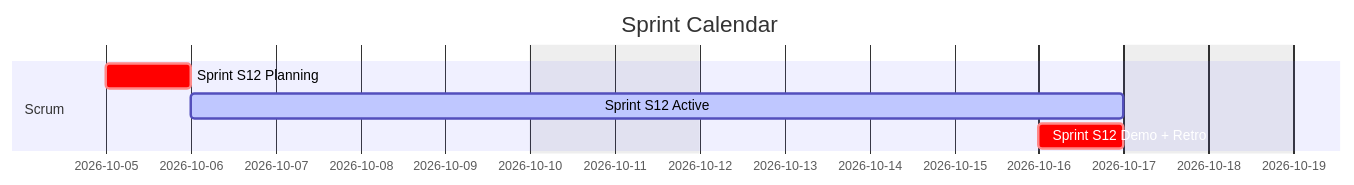
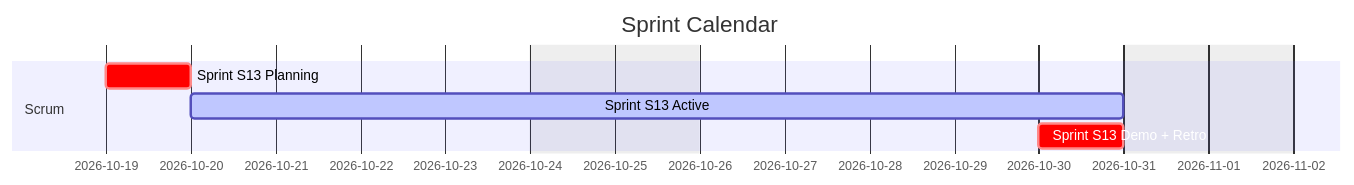
The first of 2 diagrams in docs/index.md (Katty-Fashion/kf-cpto), drawn with Mermaid before and after one commit. The commit also changed 16 other files, not shown here.

````diff
--- a/docs/index.md
+++ b/docs/index.md
@@ -61,11 +61,11 @@
 ```mermaid
 gantt
     title Sprint Calendar
     dateFormat YYYY-MM-DD
     excludes weekends
 
     section Scrum
-    Sprint S12 Planning        :crit, 2026-10-05, 1d
-    Sprint S12 Active          :active, 2026-10-06, 9d
-    Sprint S12 Demo + Retro    :crit, 2026-10-16, 1d
+    Sprint S13 Planning        :crit, 2026-10-19, 1d
+    Sprint S13 Active          :active, 2026-10-20, 9d
+    Sprint S13 Demo + Retro    :crit, 2026-10-30, 1d
 ```
````
